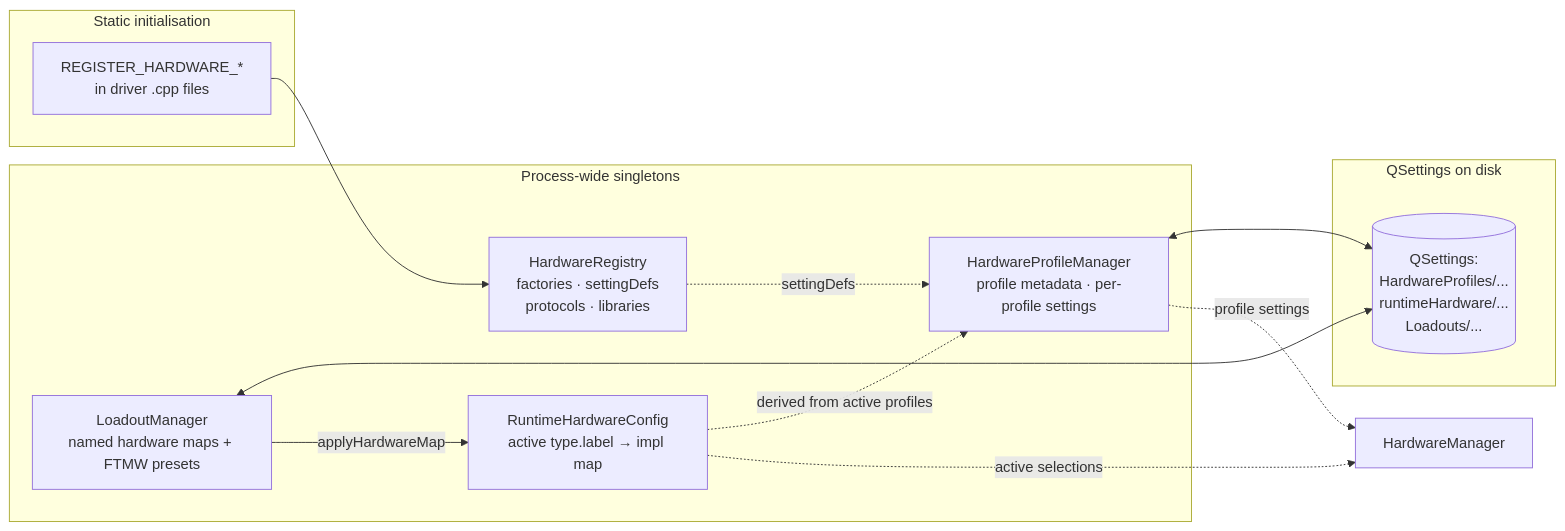
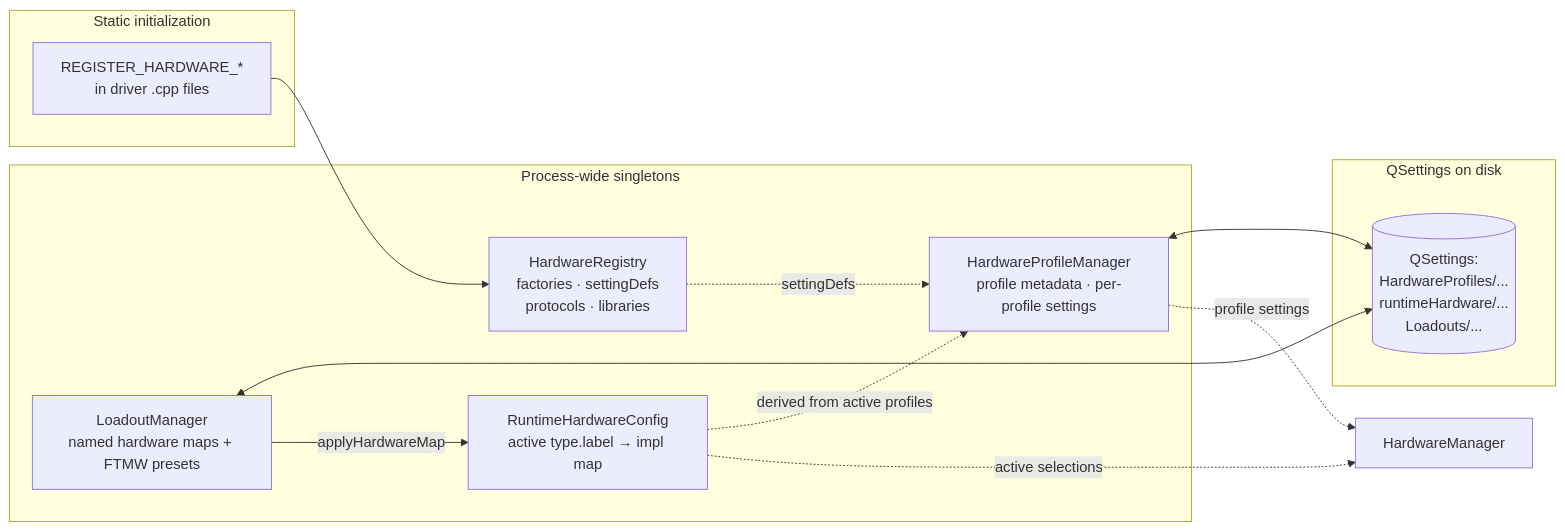
The diagram in doc/source/developer_guide/hardware_configuration.rst (kncrabtree/blackchirp), drawn with Mermaid before and after one commit. The commit also changed other lines of this file and 27 other files, not shown here.

```diff
--- a/doc/source/developer_guide/hardware_configuration.rst
+++ b/doc/source/developer_guide/hardware_configuration.rst
@@ -89,27 +89,27 @@
 .. mermaid::
 
    flowchart LR
-       subgraph Compile[Static initialisation]
+       subgraph Compile[Static initialization]
            Macros[REGISTER_HARDWARE_*<br/>in driver .cpp files]
        end
 
        subgraph Persist[QSettings on disk]
            QS[(QSettings:<br/>HardwareProfiles/...<br/>runtimeHardware/...<br/>Loadouts/...)]
        end
 
        subgraph Singletons[Process-wide singletons]
            Reg[HardwareRegistry<br/>factories · settingDefs<br/>protocols · libraries]
            PM[HardwareProfileManager<br/>profile metadata · per-profile settings]
            RC[RuntimeHardwareConfig<br/>active type.label → impl map]
            LM[LoadoutManager<br/>named hardware maps + FTMW presets]
        end
 
        Macros --> Reg
        PM <--> QS
        RC -. derived from active profiles .-> PM
        LM <--> QS
        LM -- applyHardwareMap --> RC
 
        Reg -. settingDefs .-> PM
        PM -. profile settings .-> HM[HardwareManager]
        RC -. active selections .-> HM
```
